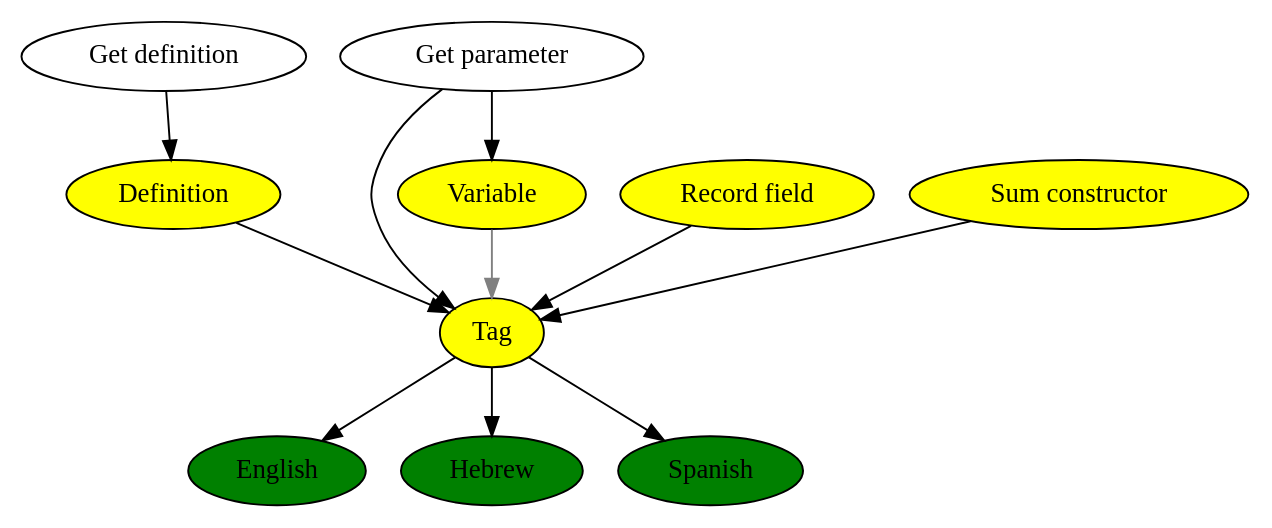
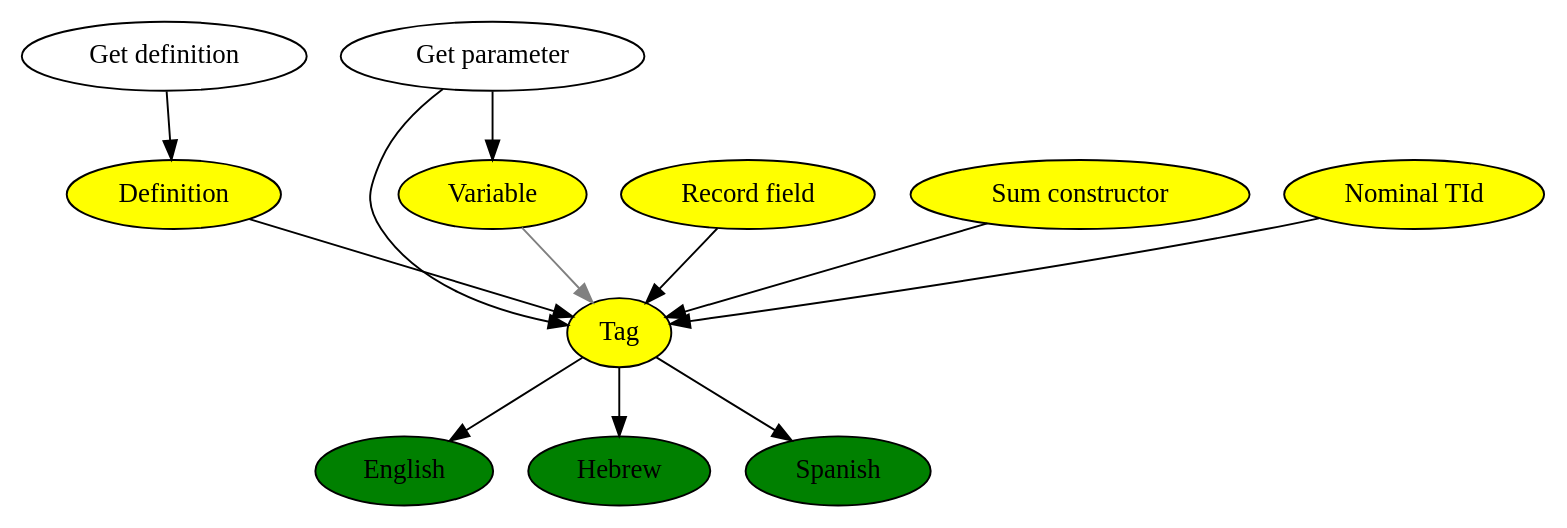
Before and after one commit to lamdu/lamdu: the diagram in doc/names.dot, drawn with Graphviz. The commit also changed 63 other files, not shown here.

```diff
--- a/doc/names.dot
+++ b/doc/names.dot
@@ -1,16 +1,17 @@
 digraph {
-    Tag, Def, Var, Field, Alt [style=filled, fillcolor=yellow];
+    Tag, Def, Var, Field, Alt, TId [style=filled, fillcolor=yellow];
+    TId   [label="Nominal TId"];
     Def   [label="Definition"];
     Var   [label="Variable"];
     Field [label="Record field"];
     Alt   [label="Sum constructor"];
     English, Hebrew, Spanish [style=filled, fillcolor=green];
     GetDef [label="Get definition"];
     GetParam [label="Get parameter"];
     Tag -> English, Spanish, Hebrew;
-    Def, Field, Alt, GetParam -> Tag;
+    Def, Field, Alt, GetParam, TId -> Tag;
     Var -> Tag [color=gray];
 
     GetDef -> Def;
     GetParam -> Var;
 }
```
